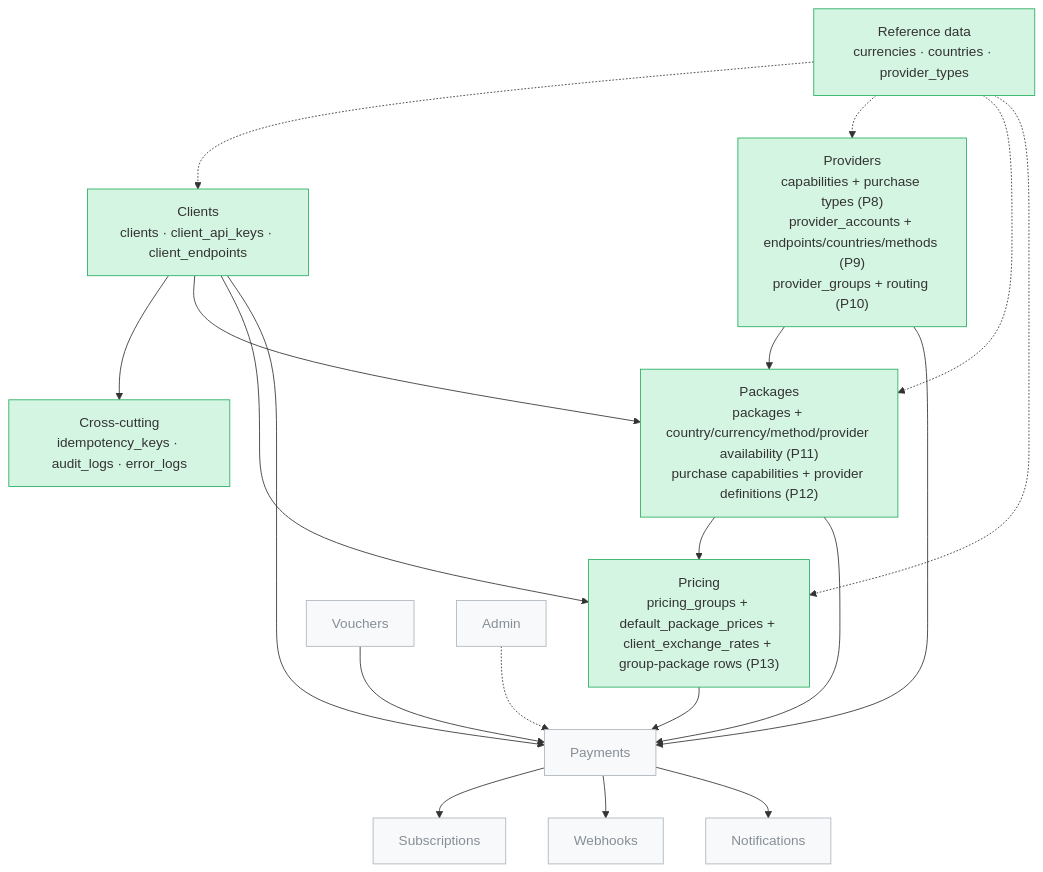
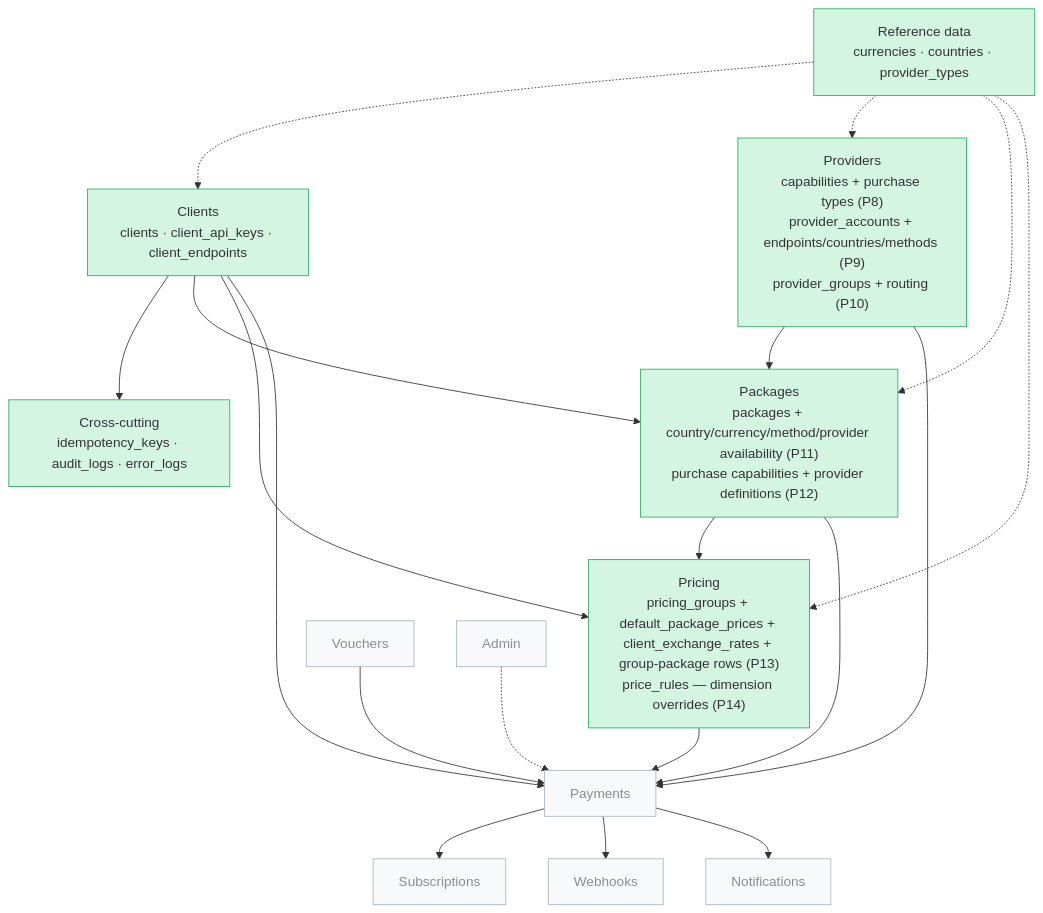
The first of 12 diagrams in .claude/docs/database-diagram.md (mahsashahi/Gomrok), drawn with Mermaid before and after one commit. The commit also changed other lines of this file and 47 other files, not shown here.

````diff
--- a/.claude/docs/database-diagram.md
+++ b/.claude/docs/database-diagram.md
@@ -9,32 +9,32 @@
 ```mermaid
 flowchart TD
     Ref["Reference data<br/>currencies · countries · provider_types"]
     Xc["Cross-cutting<br/>idempotency_keys · audit_logs · error_logs"]
     Clients["Clients<br/>clients · client_api_keys · client_endpoints"]
     Providers["Providers<br/>capabilities + purchase types (P8)<br/>provider_accounts + endpoints/countries/methods (P9)<br/>provider_groups + routing (P10)"]
     Packages["Packages<br/>packages + country/currency/method/provider availability (P11)<br/>purchase capabilities + provider definitions (P12)"]
-    Pricing["Pricing<br/>pricing_groups + default_package_prices + client_exchange_rates + group-package rows (P13)"]
+    Pricing["Pricing<br/>pricing_groups + default_package_prices + client_exchange_rates + group-package rows (P13)<br/>price_rules — dimension overrides (P14)"]
     Ref -.-> Clients
     Ref -.-> Providers
     Ref -.-> Packages
     Ref -.-> Pricing
     Clients --> Xc
     Clients --> Packages
     Providers --> Packages
     Clients --> Pricing
     Packages --> Pricing
     Clients --> Payments
     Providers --> Payments
     Packages --> Payments
     Pricing --> Payments
     Vouchers --> Payments
     Payments --> Subscriptions
     Payments --> Webhooks
     Payments --> Notifications
     Admin -.-> Payments
 
     classDef done fill:#d5f5e3,stroke:#27ae60;
     classDef todo fill:#f8f9fa,stroke:#adb5bd,color:#868e96;
     class Ref,Xc,Clients,Providers,Packages,Pricing done;
     class Vouchers,Payments,Subscriptions,Webhooks,Notifications,Admin todo;
 ```
````
